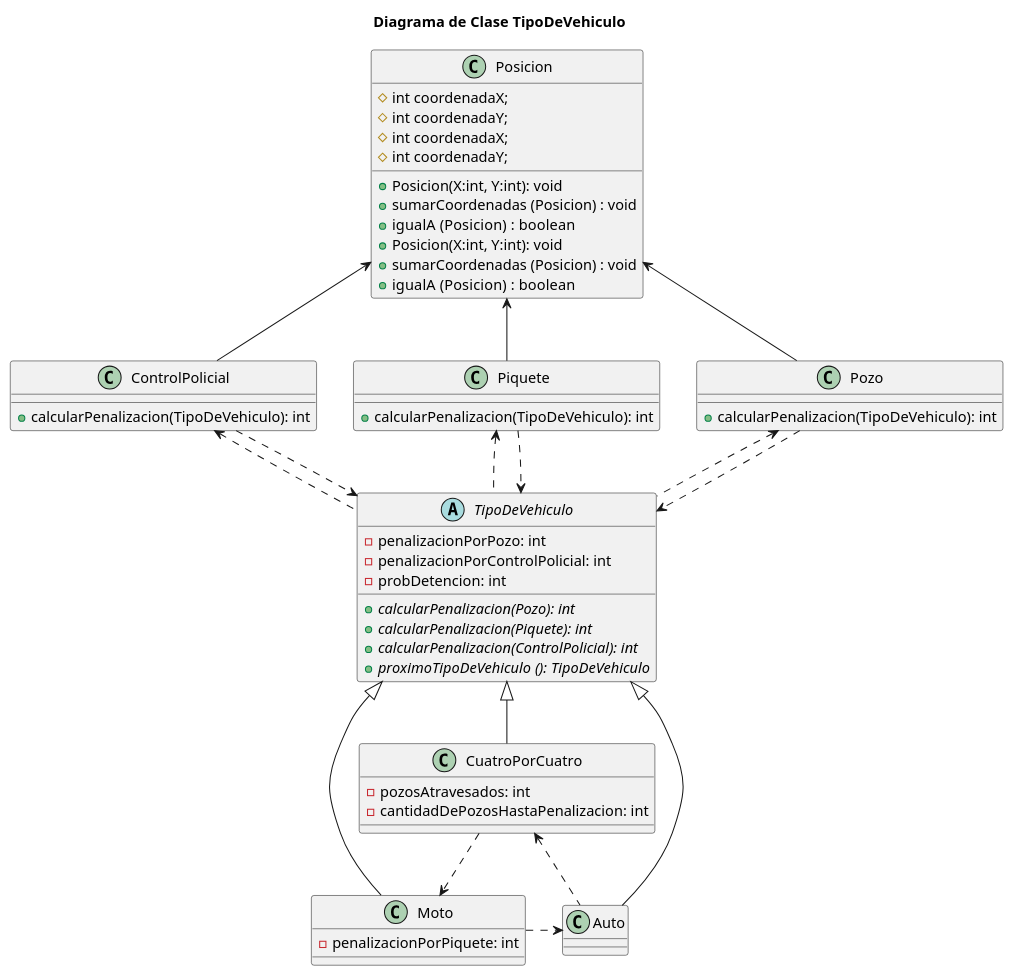
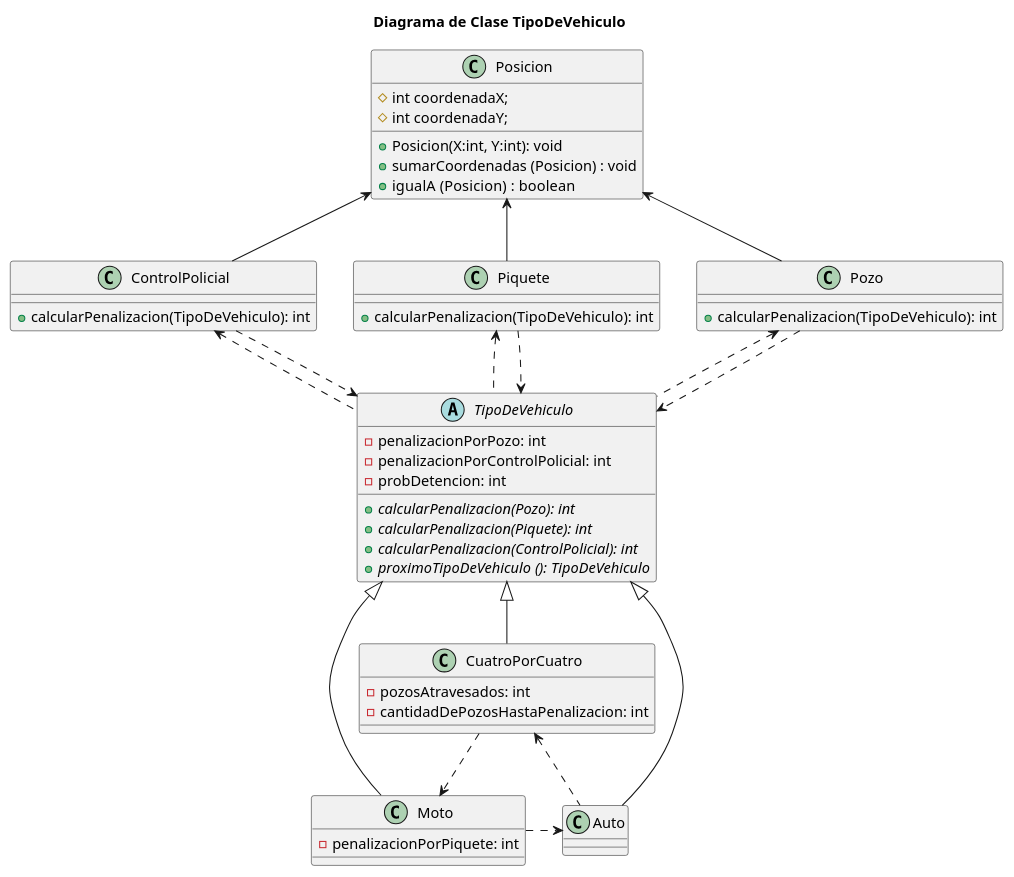
The diagram in diagrams/classes/DiagramaDeClaseTipoDeVehiculo.puml (FacundoBaez1994/Algo3Tp2), drawn with PlantUML before and after one commit. The commit also changed 9 other files, not shown here.

Commit message:
Se corrigieron diagramas de clase

```diff
--- a/diagrams/classes/DiagramaDeClaseTipoDeVehiculo.puml
+++ b/diagrams/classes/DiagramaDeClaseTipoDeVehiculo.puml
@@ -1,75 +1,69 @@
 @startuml
 
 title Diagrama de Clase TipoDeVehiculo
 
 Pozo -u-> Posicion
 Piquete -u-> Posicion
 ControlPolicial -u-> Posicion
 
 
 TipoDeVehiculo .u.> Pozo
 TipoDeVehiculo .u.> Piquete
 TipoDeVehiculo .u.> ControlPolicial
 
 TipoDeVehiculo <.u. Pozo
 TipoDeVehiculo <.u. Piquete
 TipoDeVehiculo <.u. ControlPolicial
 
 TipoDeVehiculo <|-d- Moto
 TipoDeVehiculo <|-d- Auto
 TipoDeVehiculo <|-d- CuatroPorCuatro
 
 Moto .r.> Auto
 Auto .l.> CuatroPorCuatro
 CuatroPorCuatro ..> Moto
 
 class Posicion {
     # int coordenadaX;
     # int coordenadaY;
     + Posicion(X:int, Y:int): void
     + sumarCoordenadas (Posicion) : void
     + igualA (Posicion) :  boolean
 }
 
 abstract class TipoDeVehiculo {
     - penalizacionPorPozo: int
     - penalizacionPorControlPolicial: int
     - probDetencion: int
     + {abstract} calcularPenalizacion(Pozo): int
     + {abstract} calcularPenalizacion(Piquete): int
     + {abstract} calcularPenalizacion(ControlPolicial): int
     + {abstract} proximoTipoDeVehiculo (): TipoDeVehiculo
 }
 
 class Moto {
     - penalizacionPorPiquete: int
 }
 
 class CuatroPorCuatro {
     - pozosAtravesados: int
     - cantidadDePozosHastaPenalizacion: int
 }
 
-class Posicion {
-    # int coordenadaX;
-    # int coordenadaY;
-    + Posicion(X:int, Y:int): void
-    + sumarCoordenadas (Posicion) : void
-    + igualA (Posicion) :  boolean
-}
+
 
 class Pozo {
 + calcularPenalizacion(TipoDeVehiculo): int
 }
 
 class Piquete {
 + calcularPenalizacion(TipoDeVehiculo): int
 }
 
 class ControlPolicial {
     + calcularPenalizacion(TipoDeVehiculo): int
 }
 
 abstract class TipoDeVehiculo
 
 @enduml
```
